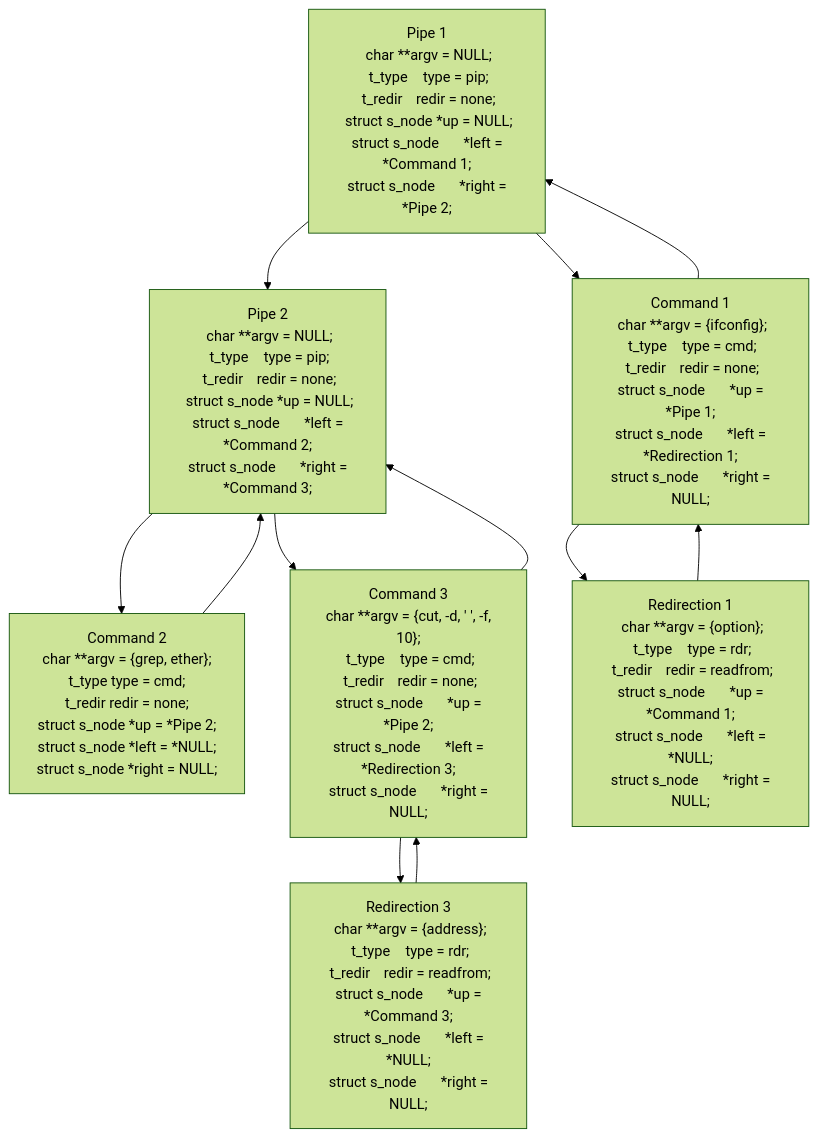
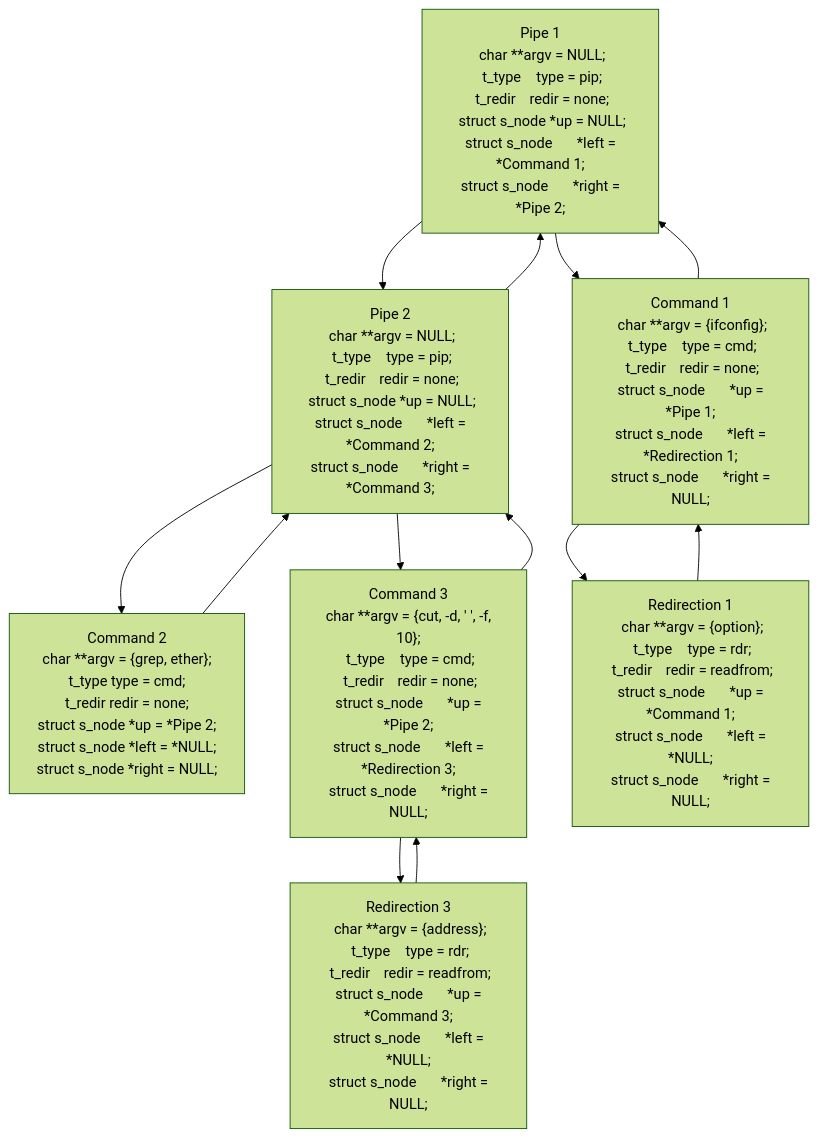
The diagram in README.md (Makasabi/minishell_42), drawn with Mermaid (forest theme) before and after one commit.

````diff
--- a/README.md
+++ b/README.md
@@ -50,63 +50,64 @@
 ```mermaid
 flowchart TD;
 Pipe1["Pipe 1
  char **argv = NULL;
  t_type	type = pip;
  t_redir	redir = none;
  struct s_node *up = NULL;
  struct s_node	*left = *Command 1;
  struct s_node	*right = *Pipe 2;"]
 Pipe2["Pipe 2
  char **argv = NULL;
  t_type	type = pip;
  t_redir	redir = none;
  struct s_node *up = NULL;
  struct s_node	*left = *Command 2;
  struct s_node	*right = *Command 3;"]
 Cmd1["Command 1
  char **argv = {ifconfig};
  t_type	type = cmd;
  t_redir	redir = none;
  struct s_node	*up = *Pipe 1;
  struct s_node	*left = *Redirection 1;
  struct s_node	*right = NULL;"]
 Cmd2["Command 2
  char **argv = {grep, ether};
  t_type	type = cmd;
  t_redir	redir = none;
  struct s_node	*up = *Pipe 2;
  struct s_node	*left = *NULL;
  struct s_node	*right = NULL;"]
 Cmd3["Command 3
  char **argv = {cut, -d, ' ', -f, 10};
  t_type	type = cmd;
  t_redir	redir = none;
  struct s_node	*up = *Pipe 2;
  struct s_node	*left = *Redirection 3;
  struct s_node	*right = NULL;"]
 Redir1["Redirection 1
  char **argv = {option};
  t_type	type = rdr;
  t_redir	redir = readfrom;
  struct s_node	*up = *Command 1;
  struct s_node	*left = *NULL;
  struct s_node	*right = NULL;"]
 Redir3["Redirection 3
  char **argv = {address};
  t_type	type = rdr;
  t_redir	redir = readfrom;
  struct s_node	*up = *Command 3;
  struct s_node	*left = *NULL;
  struct s_node	*right = NULL;"]
    Pipe1-->Cmd1;
-   Cmd1-->Pipe1;
    Cmd1-->Redir1;
    Redir1-->Cmd1;
+   Cmd1-->Pipe1;
    Pipe1-->Pipe2;
+   Pipe2-->Pipe1;
    Pipe2-->Cmd2;
    Cmd2-->Pipe2;
    Pipe2-->Cmd3;
    Cmd3-->Pipe2;
    Cmd3-->Redir3;
    Redir3-->Cmd3;
 ```
````
